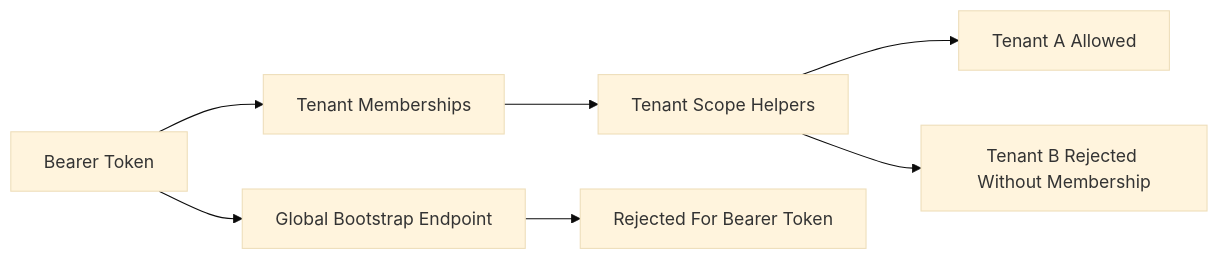
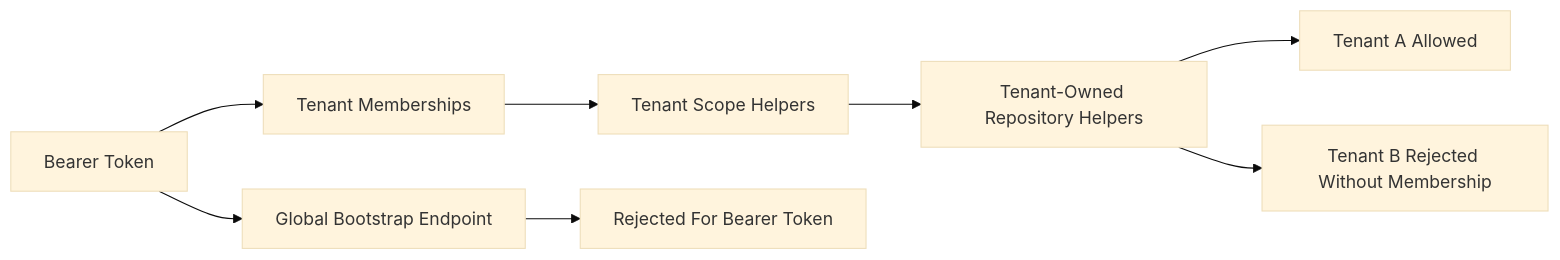
One commit to AlexGerlitz/drivedesk-core changed the fourth of 8 diagrams in docs/public/ARCHITECTURE_DIAGRAMS.md. Above: the diagram before and after it, drawn with Mermaid (base theme). The commit also changed 15 other files, not shown here.

Commit message:
Add tenant-owned repository helpers

````diff
--- a/docs/public/ARCHITECTURE_DIAGRAMS.md
+++ b/docs/public/ARCHITECTURE_DIAGRAMS.md
@@ -63,9 +63,10 @@
 ```mermaid
 flowchart LR
   Bearer["Bearer Token"] --> Membership["Tenant Memberships"]
   Membership --> Scope["Tenant Scope Helpers"]
-  Scope --> TenantA["Tenant A Allowed"]
-  Scope --> TenantB["Tenant B Rejected Without Membership"]
+  Scope --> Repository["Tenant-Owned Repository Helpers"]
+  Repository --> TenantA["Tenant A Allowed"]
+  Repository --> TenantB["Tenant B Rejected Without Membership"]
   Bearer --> Bootstrap["Global Bootstrap Endpoint"]
   Bootstrap --> Rejected["Rejected For Bearer Token"]
 ```
````
